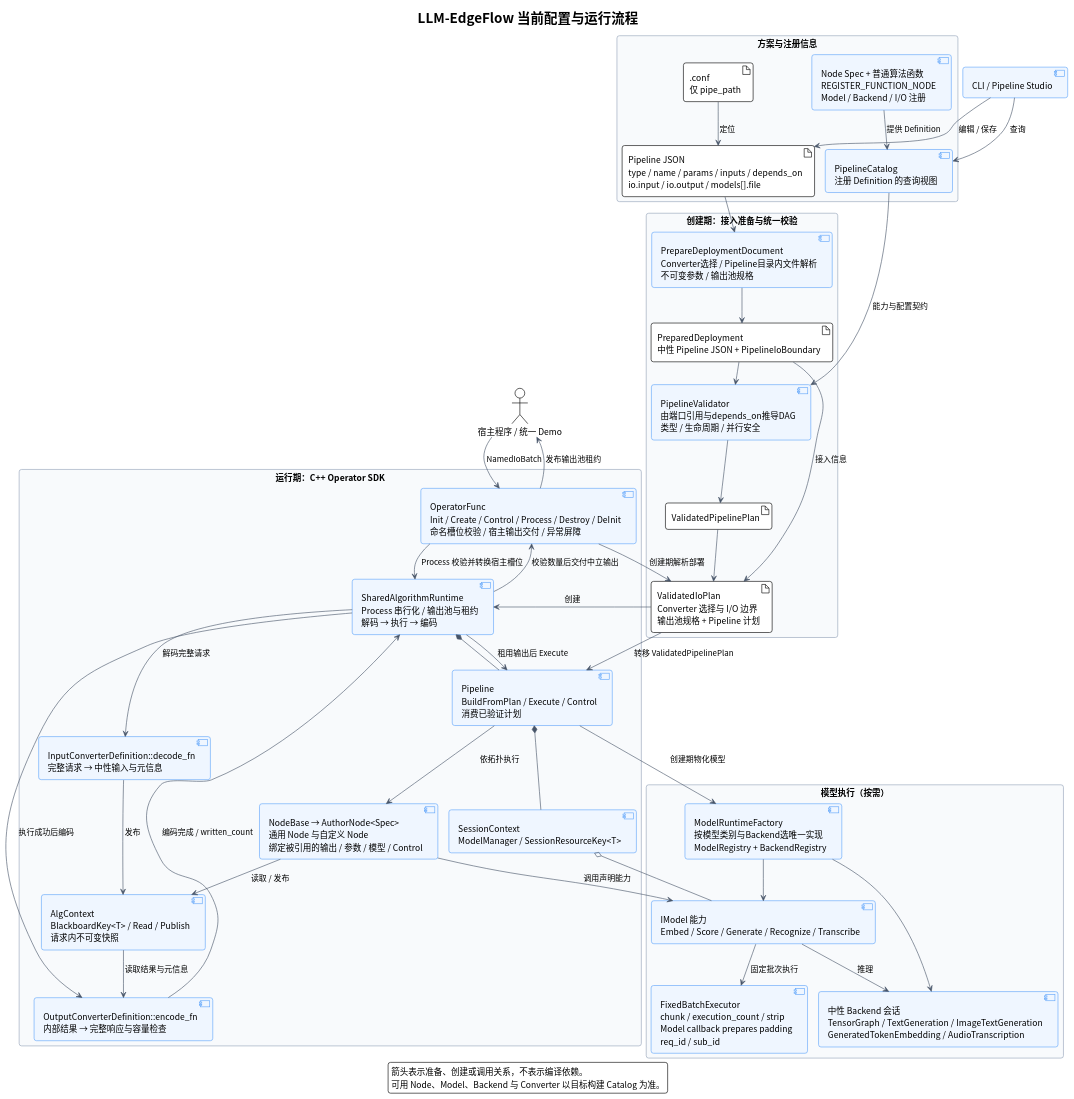
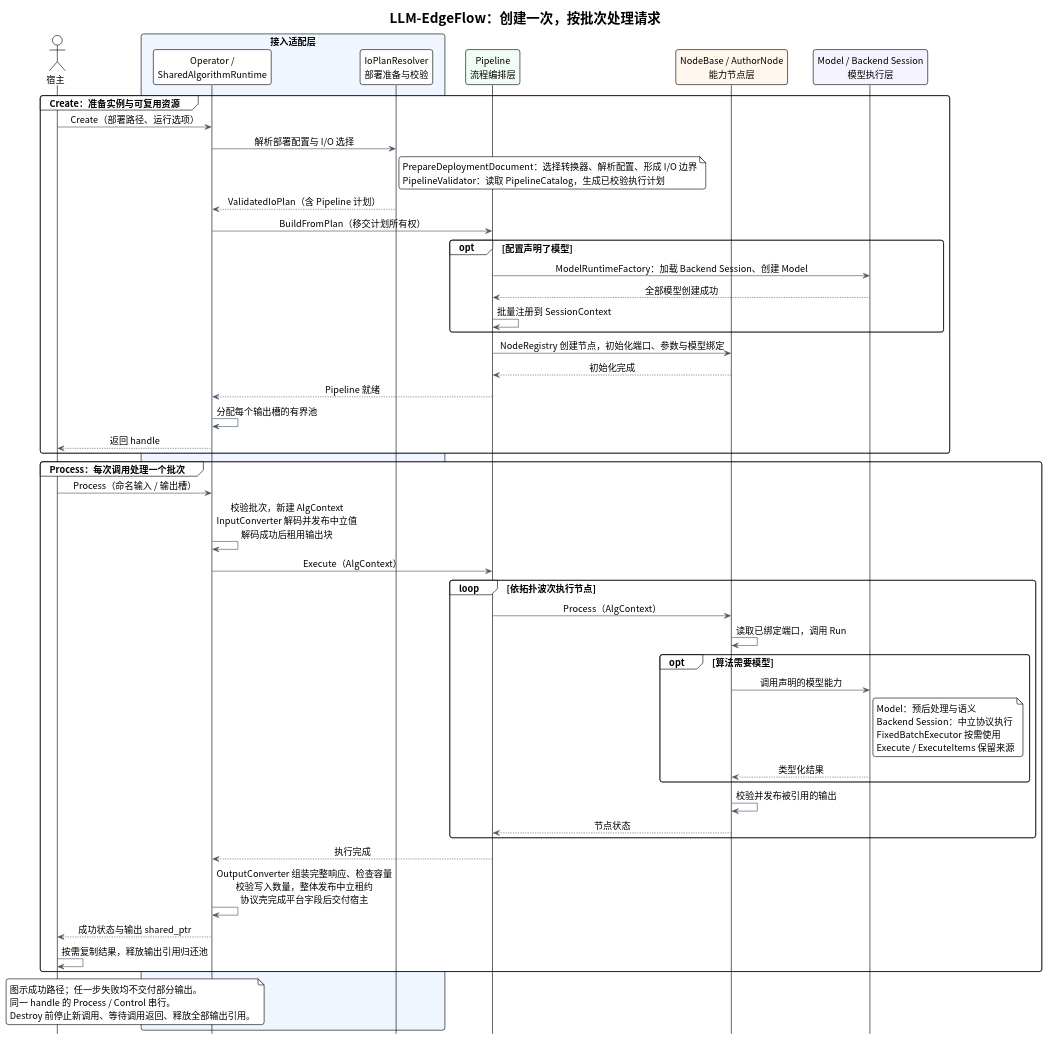
The diagram in doc/architecture_flow.puml (chamsechan/LLM-EdgeFlow), drawn with PlantUML before and after one commit. The commit also changed 32 other files, not shown here.

Commit message:
docs: streamline project documentation and align architecture diagrams

```diff
--- a/doc/architecture_flow.puml
+++ b/doc/architecture_flow.puml
@@ -1,92 +1,76 @@
 @startuml LLM_EdgeFlow_Runtime_Flow
-!pragma layout smetana
 !theme plain
 skinparam backgroundColor #FFFFFF
 skinparam defaultFontName "Noto Sans CJK SC"
+skinparam defaultFontSize 15
 skinparam shadowing false
 skinparam roundCorner 8
-skinparam packageStyle rectangle
 skinparam ArrowColor #475569
-skinparam packageBackgroundColor #F8FAFC
-skinparam packageBorderColor #94A3B8
-skinparam componentBackgroundColor #EFF6FF
-skinparam componentBorderColor #60A5FA
+skinparam sequenceMessageAlign center
+skinparam ParticipantPadding 16
+skinparam BoxPadding 12
+hide footbox
 
-title LLM-EdgeFlow 当前配置与运行流程
-legend bottom
-  箭头表示准备、创建或调用关系，不表示编译依赖。
-  可用 Node、Model、Backend 与 Converter 以目标构建 Catalog 为准。
-endlegend
+title LLM-EdgeFlow：创建一次，按批次处理请求
+actor "宿主" as Caller
+box "接入适配层" #EFF6FF
+  participant "Operator /\nSharedAlgorithmRuntime" as Runtime
+  participant "IoPlanResolver\n部署准备与校验" as Prepare
+end box
+participant "Pipeline\n流程编排层" as Pipeline #F0FDF4
+participant "NodeBase / AuthorNode\n能力节点层" as Node #FFF7ED
+participant "Model / Backend Session\n模型执行层" as Model #F5F3FF
 
-actor "宿主程序 / 统一 Demo" as Caller
-component "CLI / Pipeline Studio" as Tools
+group Create：准备实例与可复用资源
+  Caller -> Runtime : Create（部署路径、运行选项）
+  Runtime -> Prepare : 解析部署配置与 I/O 选择
+  note right of Prepare
+    PrepareDeploymentDocument：选择转换器、解析配置、形成 I/O 边界
+    PipelineValidator：读取 PipelineCatalog，生成已校验执行计划
+  end note
+  Prepare --> Runtime : ValidatedIoPlan（含 Pipeline 计划）
+  Runtime -> Pipeline : BuildFromPlan（移交计划所有权）
+  opt 配置声明了模型
+    Pipeline -> Model : ModelRuntimeFactory：加载 Backend Session、创建 Model
+    Model --> Pipeline : 全部模型创建成功
+    Pipeline -> Pipeline : 批量注册到 SessionContext
+  end
+  Pipeline -> Node : NodeRegistry 创建节点，初始化端口、参数与模型绑定
+  Node --> Pipeline : 初始化完成
+  Pipeline --> Runtime : Pipeline 就绪
+  Runtime -> Runtime : 分配每个输出槽的有界池
+  Runtime --> Caller : 返回 handle
+end
 
-package "方案与注册信息" {
-  artifact ".conf\n仅 pipe_path" as Conf
-  artifact "Pipeline JSON\ntype / name / params / inputs / depends_on\nio.input / io.output / models[].file" as Document
-  component "PipelineCatalog\n注册 Definition 的查询视图" as Catalog
-  component "Node Spec + 普通算法函数\nREGISTER_FUNCTION_NODE\nModel / Backend / I/O 注册" as Definitions
-}
+group Process：每次调用处理一个批次
+  Caller -> Runtime : Process（命名输入 / 输出槽）
+  Runtime -> Runtime : 校验批次，新建 AlgContext\nInputConverter 解码并发布中立值\n解码成功后租用输出块
+  Runtime -> Pipeline : Execute（AlgContext）
+  loop 依拓扑波次执行节点
+    Pipeline -> Node : Process（AlgContext）
+    Node -> Node : 读取已绑定端口，调用 Run
+    opt 算法需要模型
+      Node -> Model : 调用声明的模型能力
+      note right of Model
+        Model：预后处理与语义
+        Backend Session：中立协议执行
+        FixedBatchExecutor 按需使用
+        Execute / ExecuteItems 保留来源
+      end note
+      Model --> Node : 类型化结果
+    end
+    Node -> Node : 校验并发布被引用的输出
+    Node --> Pipeline : 节点状态
+  end
+  Pipeline --> Runtime : 执行完成
+  Runtime -> Runtime : OutputConverter 组装完整响应、检查容量\n校验写入数量，整体发布中立租约\n协议壳完成平台字段后交付宿主
+  Runtime --> Caller : 成功状态与输出 shared_ptr
+  Caller -> Caller : 按需复制结果，释放输出引用归还池
+end
 
-package "创建期：接入准备与统一校验" {
-  component "PrepareDeploymentDocument\nConverter选择 / Pipeline目录内文件解析\n不可变参数 / 输出池规格" as Prepare
-  artifact "PreparedDeployment\n中性 Pipeline JSON + PipelineIoBoundary" as Prepared
-  component "PipelineValidator\n由端口引用与depends_on推导DAG\n类型 / 生命周期 / 并行安全" as Validator
-  artifact "ValidatedPipelinePlan" as PipelinePlan
-  artifact "ValidatedIoPlan\nConverter 选择与 I/O 边界\n输出池规格 + Pipeline 计划" as IoPlan
-}
-
-package "运行期：C++ Operator SDK" {
-  component "OperatorFunc\nInit / Create / Control / Process / Destroy / DeInit\n命名槽位校验 / 宿主输出交付 / 异常屏障" as Operator
-  component "SharedAlgorithmRuntime\nProcess 串行化 / 输出池与租约\n解码 → 执行 → 编码" as Runtime
-  component "InputConverterDefinition::decode_fn\n完整请求 → 中性输入与元信息" as Decode
-  component "OutputConverterDefinition::encode_fn\n内部结果 → 完整响应与容量检查" as Encode
-  component "Pipeline\nBuildFromPlan / Execute / Control\n消费已验证计划" as Pipeline
-  component "AlgContext\nBlackboardKey<T> / Read / Publish\n请求内不可变快照" as Context
-  component "SessionContext\nModelManager / SessionResourceKey<T>" as Session
-  component "NodeBase → AuthorNode<Spec>\n通用 Node 与自定义 Node\n绑定被引用的输出 / 参数 / 模型 / Control" as Nodes
-}
-
-package "模型执行（按需）" {
-  component "ModelRuntimeFactory\n按模型类别与Backend选唯一实现\nModelRegistry + BackendRegistry" as Factory
-  component "IModel 能力\nEmbed / Score / Generate / Recognize / Transcribe" as Model
-  component "中性 Backend 会话\nTensorGraph / TextGeneration / ImageTextGeneration\nGeneratedTokenEmbedding / AudioTranscription" as Backend
-  component "FixedBatchExecutor\nchunk / execution_count / strip\nModel callback prepares padding\nreq_id / sub_id" as Batch
-}
-
-Tools --> Catalog : 查询
-Definitions --> Catalog : 提供 Definition
-Tools --> Document : 编辑 / 保存
-Conf --> Document : 定位
-Document --> Prepare
-Prepare --> Prepared
-Prepared --> Validator
-Catalog --> Validator : 能力与配置契约
-Validator --> PipelinePlan
-Prepared --> IoPlan : 接入信息
-PipelinePlan --> IoPlan
-Caller --> Operator : NamedIoBatch
-Operator --> IoPlan : 创建期解析部署
-IoPlan --> Runtime : 创建
-Runtime *-- Pipeline
-IoPlan --> Pipeline : 转移 ValidatedPipelinePlan
-Pipeline *-- Session
-Pipeline --> Factory : 创建期物化模型
-Factory --> Model
-Factory --> Backend
-Session o-- Model
-Operator --> Runtime : Process 校验并转换宿主槽位
-Runtime --> Decode : 解码完整请求
-Decode --> Context : 发布
-Runtime --> Pipeline : 租用输出后 Execute
-Pipeline --> Nodes : 依拓扑执行
-Nodes --> Context : 读取 / 发布
-Nodes --> Model : 调用声明能力
-Model --> Backend : 推理
-Model --> Batch : 固定批次执行
-Runtime --> Encode : 执行成功后编码
-Context --> Encode : 读取结果与元信息
-Encode --> Runtime : 编码完成 / written_count
-Runtime --> Operator : 校验数量后交付中立输出
-Operator --> Caller : 发布输出池租约
+note over Caller, Runtime
+  图示成功路径；任一步失败均不交付部分输出。
+  同一 handle 的 Process / Control 串行。
+  Destroy 前停止新调用、等待调用返回、释放全部输出引用。
+end note
 @enduml
```
